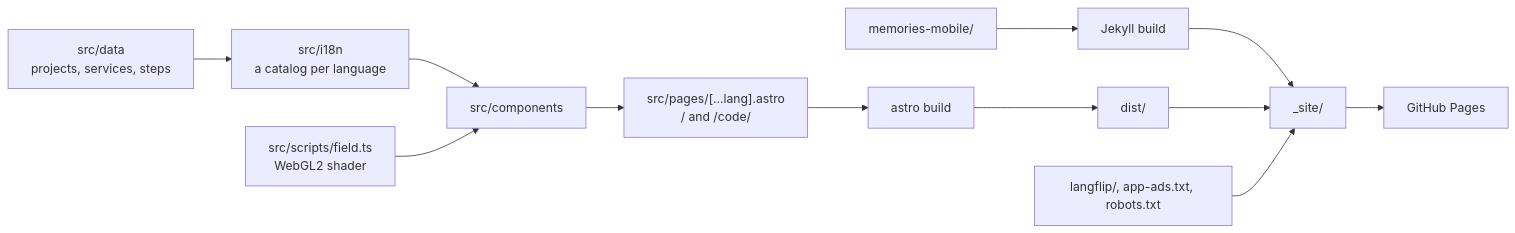
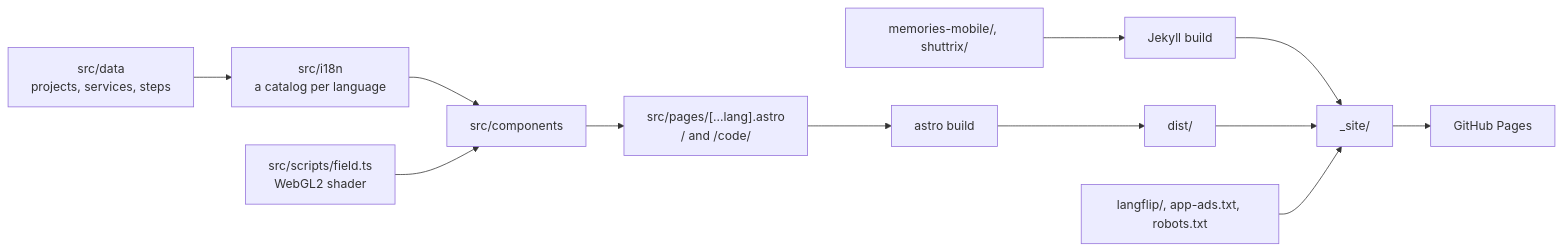
One commit to workbench-soft/workbench-soft.github.io changed the first of 3 diagrams in docs/architecture.md. Above: the diagram before and after it, drawn with Mermaid. The commit also changed other lines of this file and 8 other files, not shown here.

````diff
--- a/docs/architecture.md
+++ b/docs/architecture.md
@@ -14,12 +15,12 @@
 ```mermaid
 flowchart LR
   data["src/data<br/>projects, services, steps"] --> i18n["src/i18n<br/>a catalog per language"]
   i18n --> components["src/components"]
   components --> pages["src/pages/[...lang].astro<br/>/ and /code/"]
   scripts["src/scripts/field.ts<br/>WebGL2 shader"] --> components
   pages --> astro["astro build"] --> dist["dist/"]
-  jekyll["memories-mobile/"] --> jb["Jekyll build"] --> site["_site/"]
+  jekyll["memories-mobile/, shuttrix/"] --> jb["Jekyll build"] --> site["_site/"]
   dist --> site
   root["langflip/, app-ads.txt, robots.txt"] --> site
   site --> pages_["GitHub Pages"]
 ```
````
